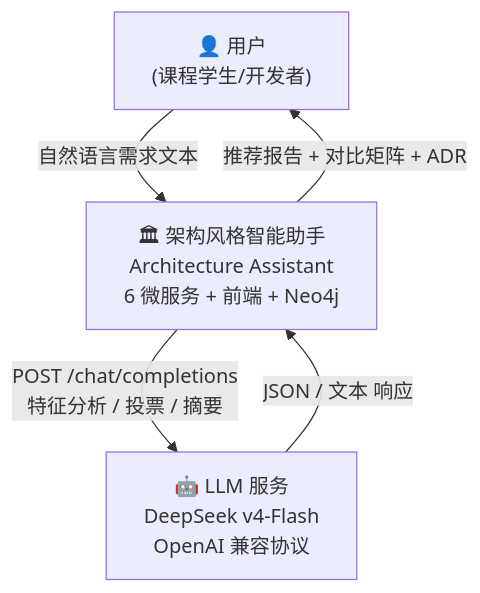
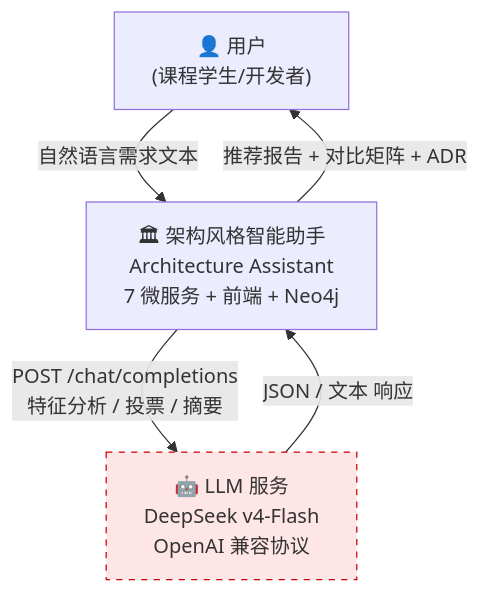
One commit to zbhzbhzbh11/architecture-assistant changed the first of 5 diagrams in docs/02-架构设计文档.md. Above: the diagram before and after it, drawn with Mermaid. The commit also changed other lines of this file and 55 other files, not shown here.

````diff
--- a/docs/02-架构设计文档.md
+++ b/docs/02-架构设计文档.md
@@ -127,11 +127,13 @@
 ```mermaid
 graph TB
     User["👤 用户<br/>(课程学生/开发者)"]
-    System["🏛 架构风格智能助手<br/>Architecture Assistant<br/>6 微服务 + 前端 + Neo4j"]
+    System["🏛 架构风格智能助手<br/>Architecture Assistant<br/>7 微服务 + 前端 + Neo4j"]
     LLM["🤖 LLM 服务<br/>DeepSeek v4-Flash<br/>OpenAI 兼容协议"]
 
     User -->|"自然语言需求文本"| System
     System -->|"推荐报告 + 对比矩阵 + ADR"| User
     System -->|"POST /chat/completions<br/>特征分析 / 投票 / 摘要"| LLM
     LLM -->|"JSON / 文本 响应"| System
+
+    style LLM fill:#ffe6e6,stroke:#cc0000,stroke-dasharray: 5 5
 ```
````
